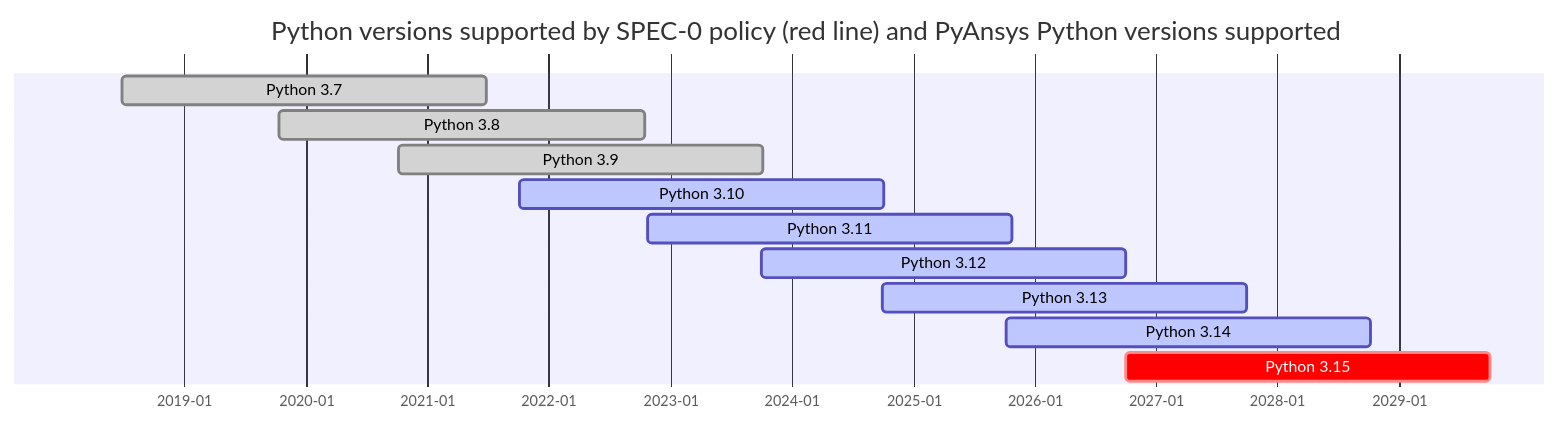
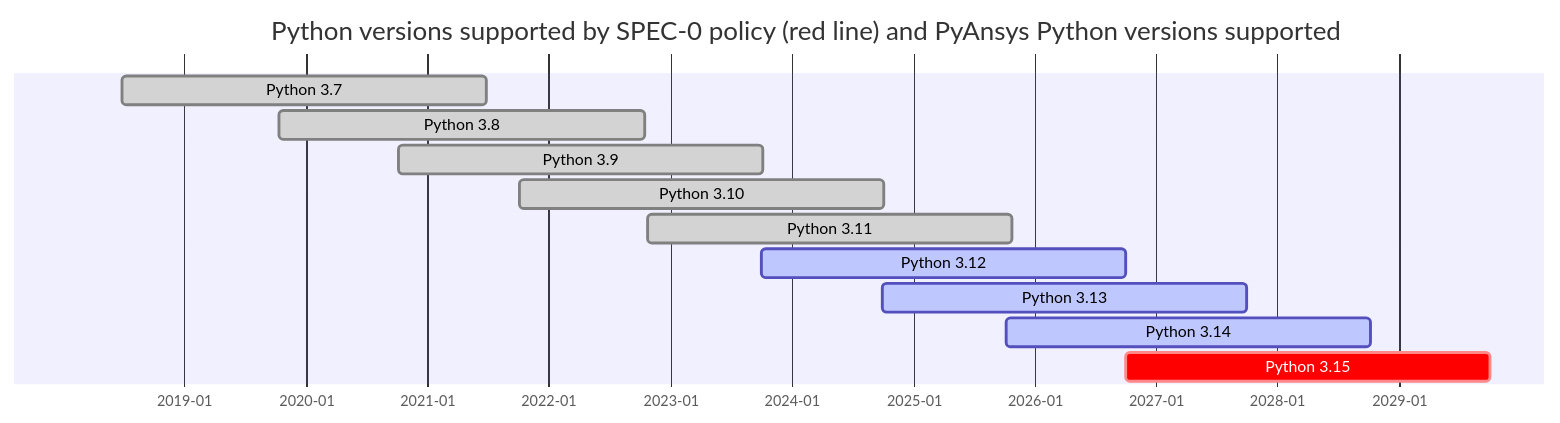
The diagram in doc/source/getting-started/prerequisites.rst (ansys/pyansys), drawn with Mermaid before and after one commit. The commit also changed 4 other files, not shown here.

```diff
--- a/doc/source/getting-started/prerequisites.rst
+++ b/doc/source/getting-started/prerequisites.rst
@@ -28,19 +28,19 @@
 .. mermaid::
     :caption: Python versions supported by SPEC-0 policy (red line) and PyAnsys Python versions supported (color coded)
     :alt: Current Python versions supported by the PyAnsys metapackage
     :align: center
 
     gantt
         title Python versions supported by SPEC-0 policy (red line) and PyAnsys Python versions supported
         dateFormat YYYY-MM-DD
         axisFormat %Y-%m
 
         Python 3.7  :done,   des1, 2018-06-27, 3y
         Python 3.8  :done,   des2, 2019-10-14, 3y
         Python 3.9  :done,   des3, 2020-10-05, 3y
-        Python 3.10 :active, des4, 2021-10-04, 3y
-        Python 3.11 :active, des5, 2022-10-24, 3y
+        Python 3.10 :done,   des4, 2021-10-04, 3y
+        Python 3.11 :done,   des5, 2022-10-24, 3y
         Python 3.12 :active, des6, 2023-10-02, 3y
         Python 3.13 :active, des7, 2024-10-01, 3y
         Python 3.14 :active, des8, 2025-10-07, 3y
         Python 3.15 :crit,   des8, 2026-10-01, 3y
```
